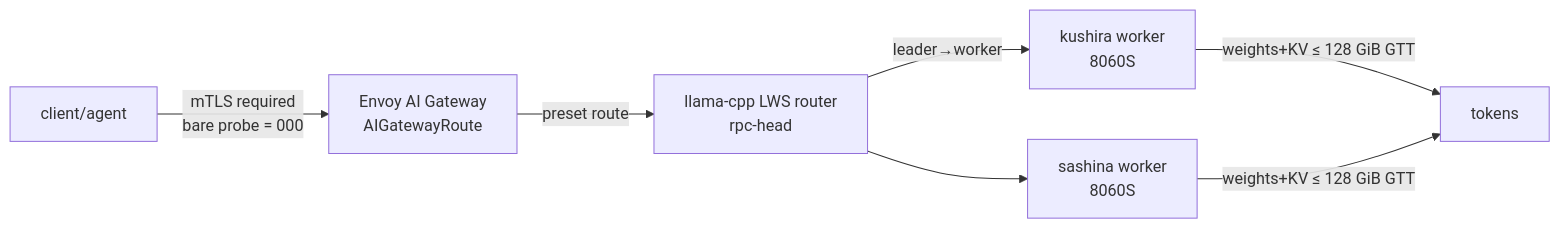
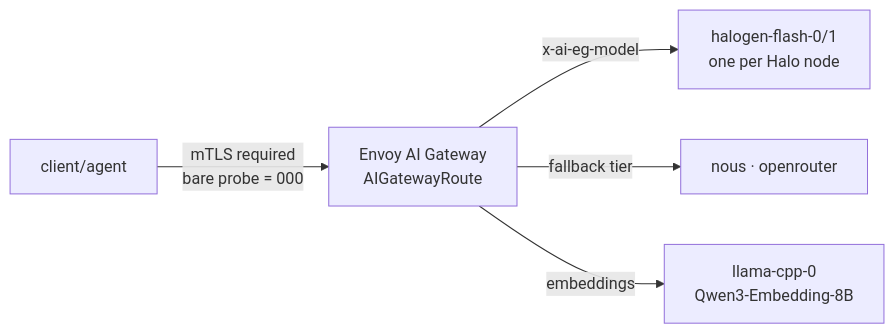
The sixth of 8 diagrams in apps/docs/docs/architecture/dataflow.md (shikanime-studio/websites), drawn with Mermaid before and after one commit. The commit also changed other lines of this file and 16 other files, not shown here.

````diff
--- a/apps/docs/docs/architecture/dataflow.md
+++ b/apps/docs/docs/architecture/dataflow.md
@@ -96,8 +96,7 @@
 ```mermaid
 flowchart LR
   C[client/agent] -->|"mTLS required<br/>bare probe = 000"| EGW["Envoy AI Gateway<br/>AIGatewayRoute"]
-  EGW -->|preset route| LWS["llama-cpp LWS router<br/>rpc-head"]
-  LWS -->|"leader→worker"| W1["kushira worker<br/>8060S"]
-  LWS --> W2["sashina worker<br/>8060S"]
-  W1 & W2 -->|"weights+KV ≤ 128 GiB GTT"| TOK[tokens]
+  EGW -->|"x-ai-eg-model"| HF["halogen-flash-0/1<br/>one per Halo node"]
+  EGW -->|"fallback tier"| REM["nous · openrouter"]
+  EGW -->|embeddings| LC["llama-cpp-0<br/>Qwen3-Embedding-8B"]
 ```
````
